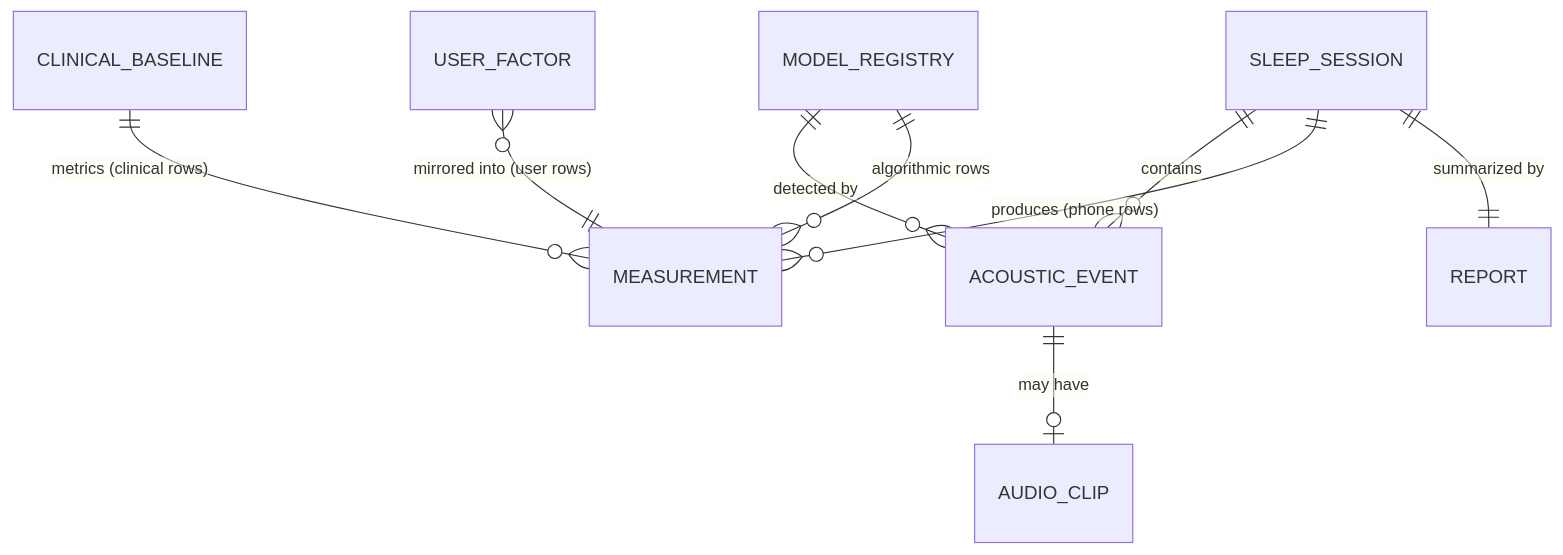
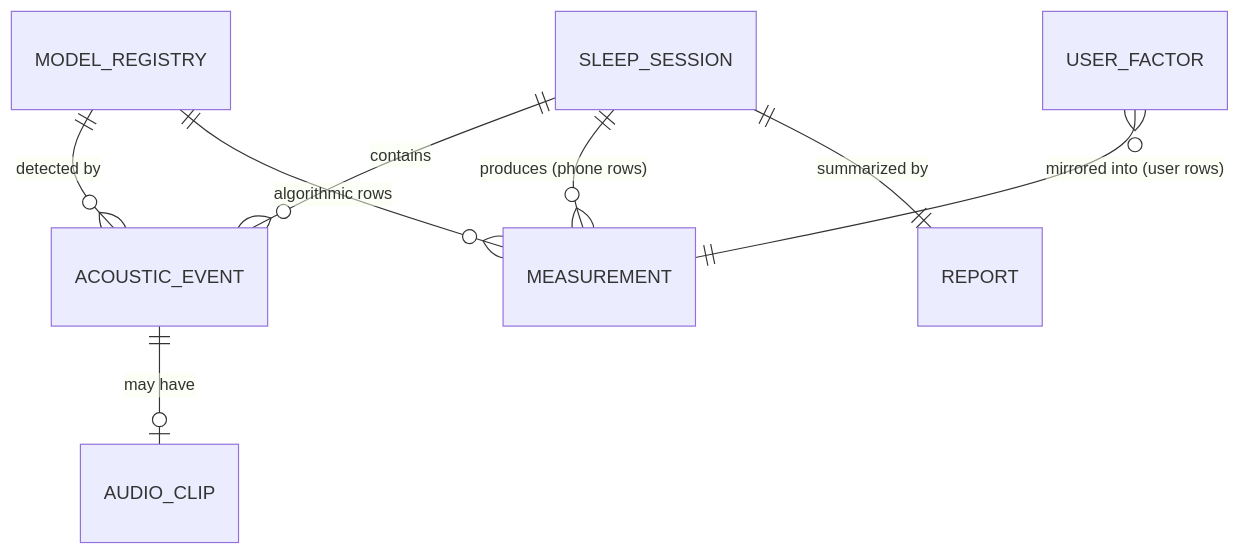
Before and after one commit to Minewine/sleep-analysis: the diagram in docs/DATA_MODEL.md, drawn with Mermaid. The commit also changed other lines of this file and 16 other files, not shown here.

````diff
--- a/docs/DATA_MODEL.md
+++ b/docs/DATA_MODEL.md
@@ -11,11 +11,10 @@
 ```mermaid
 erDiagram
-    CLINICAL_BASELINE ||--o{ MEASUREMENT : "metrics (clinical rows)"
     SLEEP_SESSION ||--o{ ACOUSTIC_EVENT : contains
     ACOUSTIC_EVENT ||--o| AUDIO_CLIP : "may have"
     SLEEP_SESSION ||--o{ MEASUREMENT : "produces (phone rows)"
     SLEEP_SESSION ||--|| REPORT : "summarized by"
     MODEL_REGISTRY ||--o{ ACOUSTIC_EVENT : "detected by"
     MODEL_REGISTRY ||--o{ MEASUREMENT : "algorithmic rows"
     USER_FACTOR }o--|| MEASUREMENT : "mirrored into (user rows)"
 ```
````
